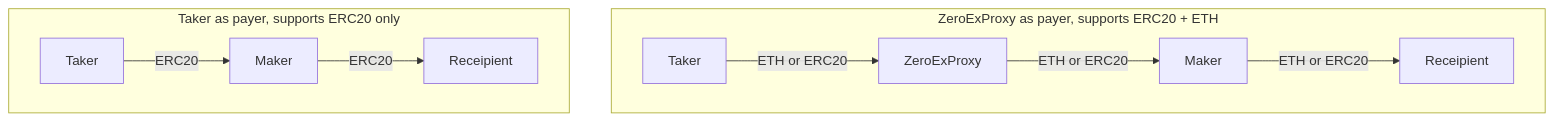
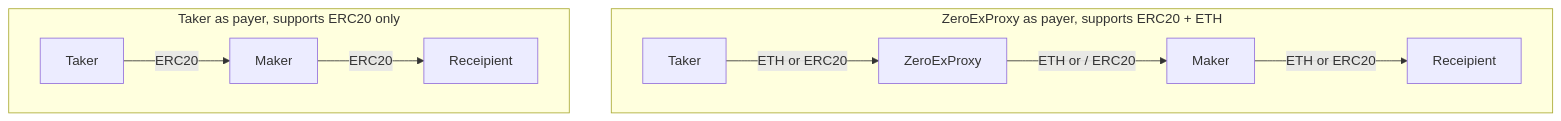
The sixth of 9 diagrams in README.md (papercliplabs/zero-ex-subgraph), drawn with Mermaid before and after one commit. The commit also changed other lines of this file and 1 other file, not shown here.

````diff
--- a/README.md
+++ b/README.md
@@ -137,12 +161,12 @@
 ```mermaid
 graph TD
 	subgraph A[ZeroExProxy as payer, supports ERC20 + ETH]
 		T[Taker] --ETH or ERC20--> Z[ZeroExProxy]
-		Z --ETH or ERC20--> M[Maker]
+		Z --ETH or / ERC20--> M[Maker]
 		M --ETH or ERC20--> R[Receipient]
 	end
 	subgraph B[Taker as payer, supports ERC20 only]
 		TB[Taker] --ERC20--> MB[Maker]
 		MB--ERC20--> RB[Receipient]
 	end
 ```
````
